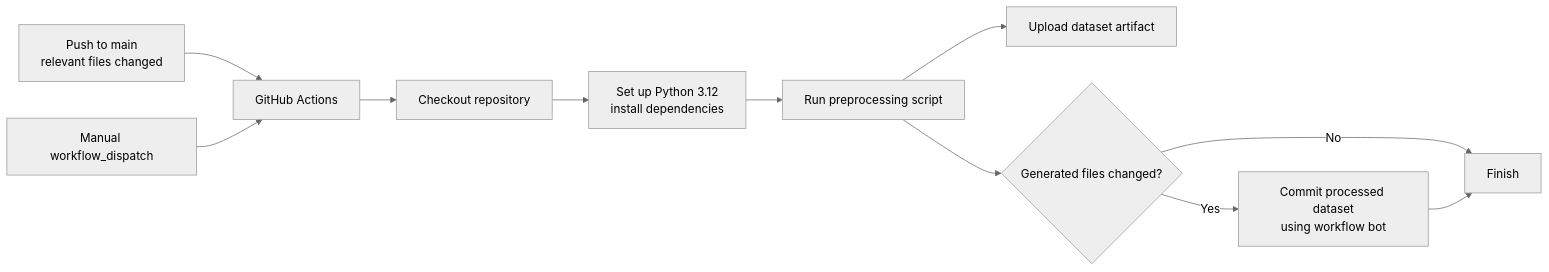
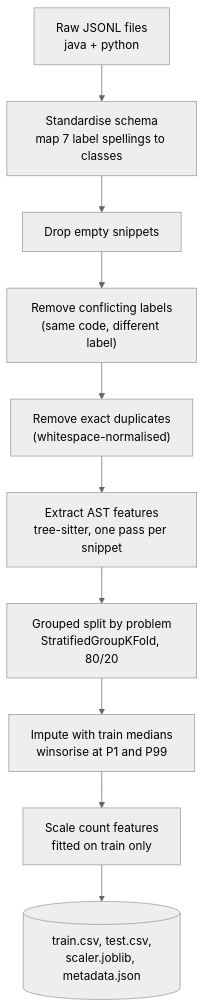
The fifth of 8 diagrams in README.md (bryannoels/Eksperimen_SML_BryanNoel), drawn with Mermaid (neutral theme) before and after one commit. The commit also changed other lines of this file, not shown here.

````diff
--- a/README.md
+++ b/README.md
@@ -235,13 +155,12 @@
 ```mermaid
-flowchart LR
-    A["Push to main<br/>relevant files changed"] --> C["GitHub Actions"]
-    B["Manual workflow_dispatch"] --> C
-    C --> D["Checkout repository"]
-    D --> E["Set up Python 3.12<br/>install dependencies"]
-    E --> F["Run preprocessing script"]
-    F --> G["Upload dataset artifact"]
-    F --> H{"Generated files changed?"}
-    H -- Yes --> I["Commit processed dataset<br/>using workflow bot"]
-    H -- No --> J["Finish"]
-    I --> J
+flowchart TD
+    R["Raw JSONL files<br/>java + python"] --> S["Standardise schema<br/>map 7 label spellings to classes"]
+    S --> E["Drop empty snippets"]
+    E --> C["Remove conflicting labels<br/>(same code, different label)"]
+    C --> DD["Remove exact duplicates<br/>(whitespace-normalised)"]
+    DD --> X["Extract AST features<br/>tree-sitter, one pass per snippet"]
+    X --> G["Grouped split by problem<br/>StratifiedGroupKFold, 80/20"]
+    G --> N["Impute with train medians<br/>winsorise at P1 and P99"]
+    N --> Z["Scale count features<br/>fitted on train only"]
+    Z --> OUT[("train.csv, test.csv,<br/>scaler.joblib, metadata.json")]
 ```
````
